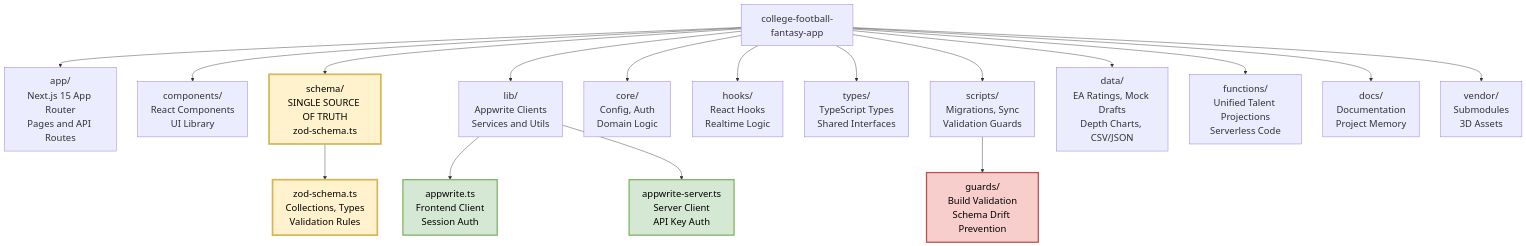
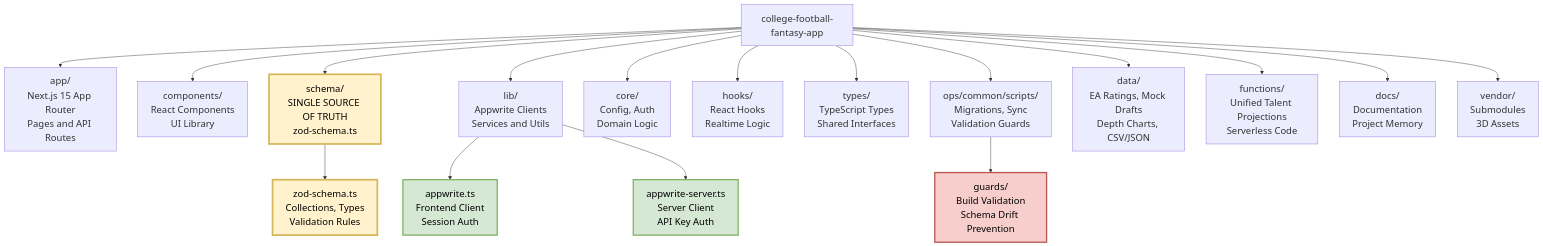
One commit to kpm34/college-football-fantasy-app changed the first of 5 diagrams in docs/PROJECT_MAP.md. Above: the diagram before and after it, drawn with Mermaid. The commit also changed other lines of this file and 17 other files, not shown here.

Commit message:
chore(ops): centralize scripts under ops/common/scripts; move toolbox docs into ops; update repository diagrams and docs references; feat(api): move Claude endpoint to app/api/claude; fix(middleware): robust client IP extraction via headers

````diff
--- a/docs/PROJECT_MAP.md
+++ b/docs/PROJECT_MAP.md
@@ -12,38 +12,38 @@
 ```mermaid
 %%{init: {'themeVariables': {'fontSize': '22px'}}}%%
 graph TD
     ROOT[college-football-fantasy-app]
     
     %% Core Application
     ROOT --> APP[app/<br/>Next.js 15 App Router<br/>Pages and API Routes]
     ROOT --> COMPONENTS[components/<br/>React Components<br/>UI Library]
     ROOT --> SCHEMA[schema/<br/>SINGLE SOURCE OF TRUTH<br/>zod-schema.ts]
     
     %% Configuration and Services  
     ROOT --> LIB[lib/<br/>Appwrite Clients<br/>Services and Utils]
     ROOT --> CORE[core/<br/>Config, Auth<br/>Domain Logic]
     ROOT --> HOOKS[hooks/<br/>React Hooks<br/>Realtime Logic]
     ROOT --> TYPES[types/<br/>TypeScript Types<br/>Shared Interfaces]
     
     %% Data and Scripts
-    ROOT --> SCRIPTS[scripts/<br/>Migrations, Sync<br/>Validation Guards]
+    ROOT --> SCRIPTS[ops/common/scripts/<br/>Migrations, Sync<br/>Validation Guards]
     ROOT --> DATA[data/<br/>EA Ratings, Mock Drafts<br/>Depth Charts, CSV/JSON]
     ROOT --> FUNCTIONS[functions/<br/>Unified Talent Projections<br/>Serverless Code]
     
     %% Documentation and Deployment
     ROOT --> DOCS[docs/<br/>Documentation<br/>Project Memory]
     ROOT --> VENDOR[vendor/<br/>Submodules<br/>3D Assets]
     
     %% Key Files Detail
     SCHEMA --> SSOT[zod-schema.ts<br/>Collections, Types<br/>Validation Rules]
     LIB --> FRONTEND[appwrite.ts<br/>Frontend Client<br/>Session Auth]
     LIB --> BACKEND[appwrite-server.ts<br/>Server Client<br/>API Key Auth]
     SCRIPTS --> GUARDS[guards/<br/>Build Validation<br/>Schema Drift Prevention]
     
     %% Styling
     style SCHEMA fill:#fff2cc,stroke:#d6b656,stroke-width:4px,color:#000000
     style SSOT fill:#fff2cc,stroke:#d6b656,stroke-width:4px,color:#000000
     style GUARDS fill:#f8cecc,stroke:#b85450,stroke-width:3px,color:#000000
     style FRONTEND fill:#d5e8d4,stroke:#82b366,stroke-width:3px,color:#000000
     style BACKEND fill:#d5e8d4,stroke:#82b366,stroke-width:3px,color:#000000
 ```
````
